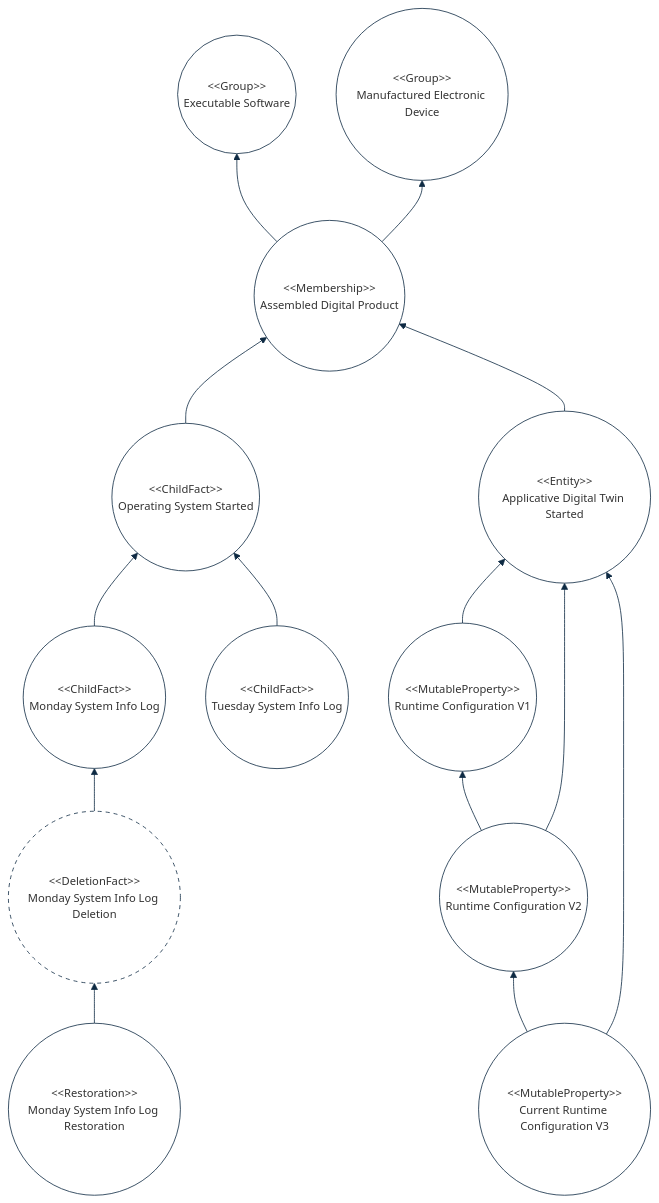
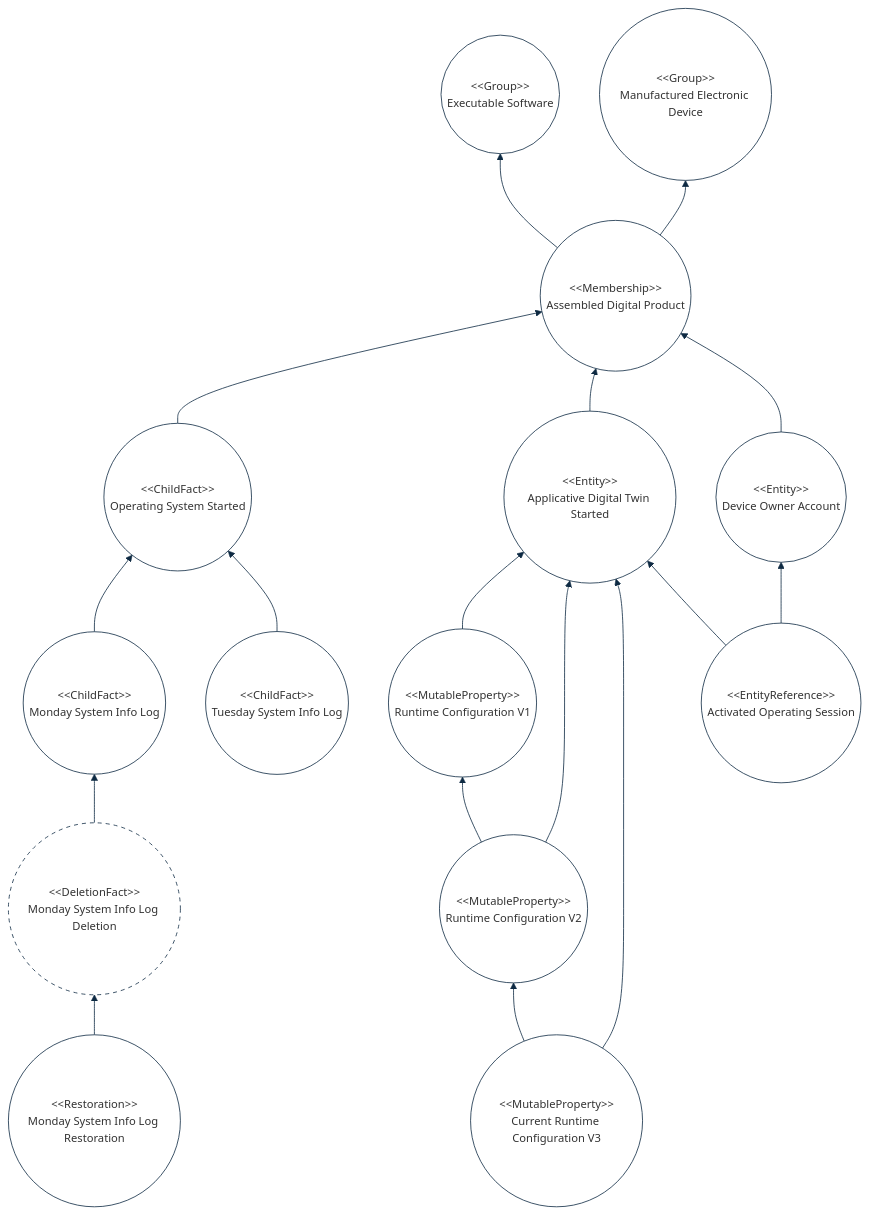
The second of 2 diagrams in implementations-line/framework/immutable/README.md (cybnity/foundation), drawn with Mermaid before and after one commit. The commit also changed other lines of this file, not shown here.

````diff
--- a/implementations-line/framework/immutable/README.md
+++ b/implementations-line/framework/immutable/README.md
@@ -134,37 +134,40 @@
 ```mermaid
 %%{
   init: {
     'theme': 'base',
     'themeVariables': {
         'background': '#ffffff',
         'fontFamily': 'arial',
         'fontSize': '14px',
         'primaryColor': '#fff',
         'primaryBorderColor': '#0e2a43',
         'secondaryBorderColor': '#0e2a43',
         'tertiaryBorderColor': '#0e2a43',
         'edgeLabelBackground':'#0e2a43',
         'lineColor': '#0e2a43',
         'tertiaryColor': '#fff'
     }
   }
 }%%
 flowchart BT
     software(("#60;#60;Group#62;#62;<br/>Executable Software"))
     electronicdevice(("#60;#60;Group#62;#62;<br/>Manufactured Electronic Device"))
     system(("#60;#60;Membership#62;#62;<br/>Assembled Digital Product")) --> software
     system --> electronicdevice
     os(("#60;#60;ChildFact#62;#62;<br/>Operating System Started")) --> system
     application(("#60;#60;Entity#62;#62;<br/>Applicative Digital Twin Started")) --> system
     systemlog1(("#60;#60;ChildFact#62;#62;<br/>Monday System Info Log")) --> os
     systemlog2(("#60;#60;ChildFact#62;#62;<br/>Tuesday System Info Log")) --> os
     systemlog1deletion(("#60;#60;DeletionFact#62;#62;<br/>Monday System Info Log Deletion")) --> systemlog1
     style systemlog1deletion stroke-dasharray: 5 5
     systemlog1restoration(("#60;#60;Restoration#62;#62;<br/>Monday System Info Log Restoration")) --> systemlog1deletion
     runtimeconfig(("#60;#60;MutableProperty#62;#62;<br/>Runtime Configuration V1")) --> application
     runtimeconfig2(("#60;#60;MutableProperty#62;#62;<br/>Runtime Configuration V2")) --> application
     runtimeconfig2 --> runtimeconfig
     runtimeconfig3(("#60;#60;MutableProperty#62;#62;<br/>Current Runtime Configuration V3")) --> application
     runtimeconfig3 --> runtimeconfig2
+    deviceOwnerAccount(("#60;#60;Entity#62;#62;<br/>Device Owner Account")) --> system
+    operatingSession(("#60;#60;EntityReference#62;#62;<br/>Activated Operating Session")) --> deviceOwnerAccount
+    operatingSession --> application
 
 ```
````
